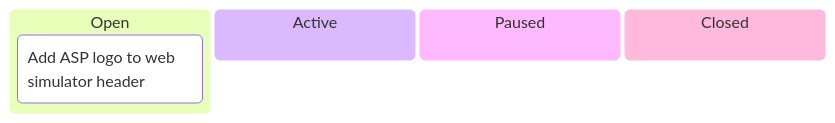
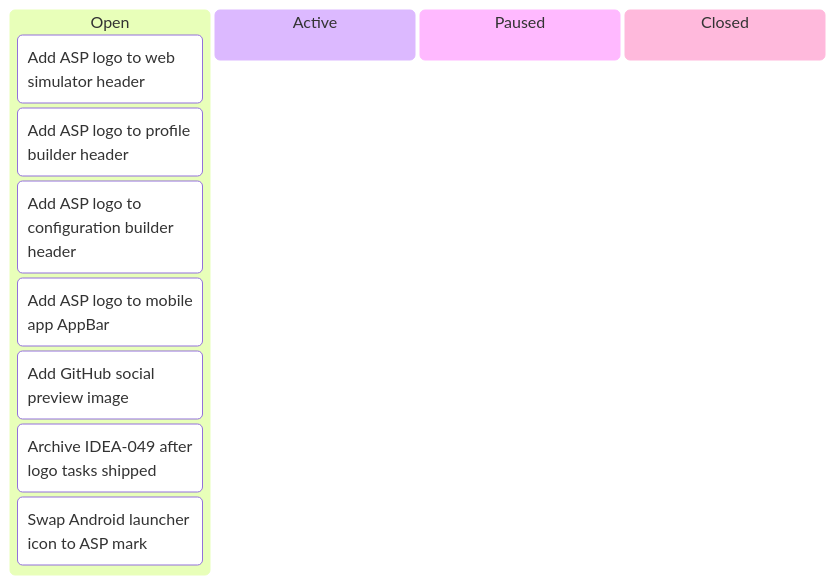
One commit to tgd1975/AwesomeStudioPedal changed the fifth of 7 diagrams in docs/developers/tasks/KANBAN.md. Above: the diagram before and after it, drawn with Mermaid. The commit also changed other lines of this file and 9 other files, not shown here.

First line of the commit message:
add LogoBranding epic: 7 tasks scaffolded from IDEA-049

````diff
--- a/docs/developers/tasks/KANBAN.md
+++ b/docs/developers/tasks/KANBAN.md
@@ -75,8 +75,14 @@
 ```mermaid
 kanban
   Open
     TASK_339["Add ASP logo to web simulator header"]
+    TASK_340["Add ASP logo to profile builder header"]
+    TASK_341["Add ASP logo to configuration builder header"]
+    TASK_342["Add ASP logo to mobile app AppBar"]
+    TASK_343["Add GitHub social preview image"]
+    TASK_344["Archive IDEA-049 after logo tasks shipped"]
+    TASK_345["Swap Android launcher icon to ASP mark"]
   Active
   Paused
   Closed
 ```
````
